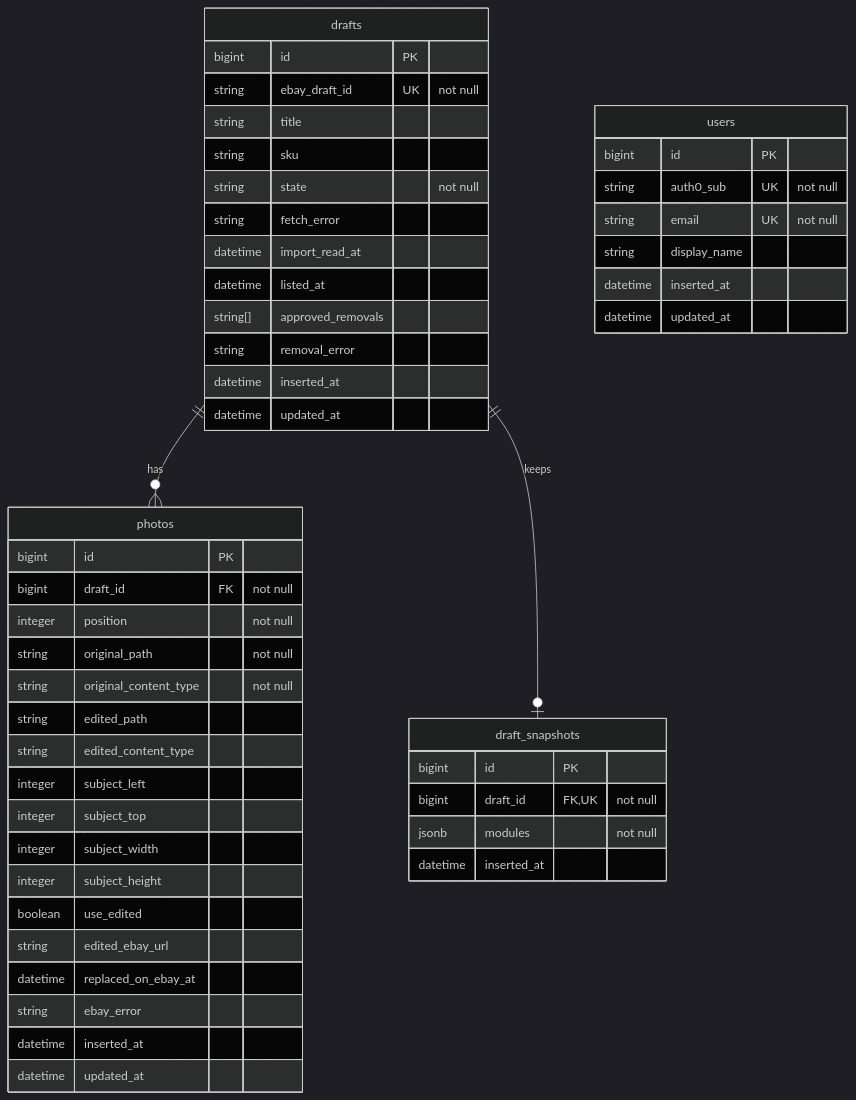
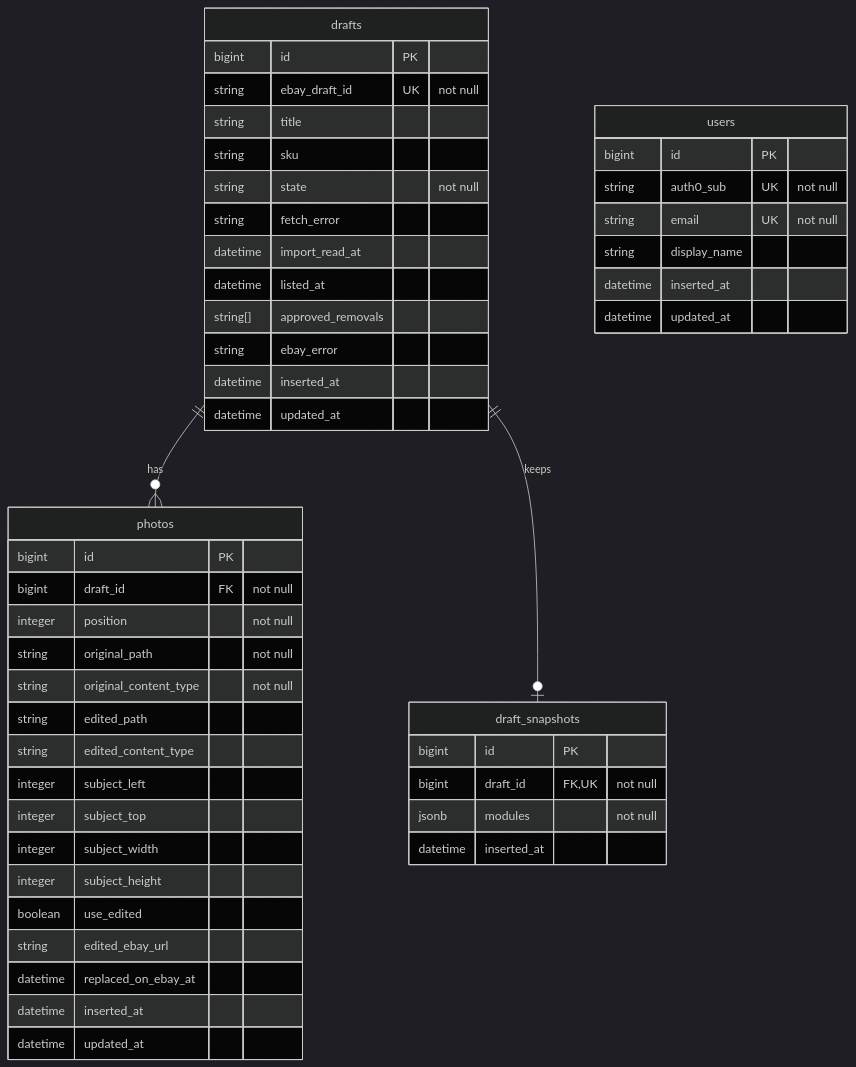
The diagram in docs/erd.md (dewetblomerus/flipper), drawn with Mermaid (dark theme) before and after one commit. The commit also changed other lines of this file and 25 other files, not shown here.

````diff
--- a/docs/erd.md
+++ b/docs/erd.md
@@ -7,56 +7,55 @@
 ```mermaid
 erDiagram
     drafts ||--o{ photos : has
     drafts ||--o| draft_snapshots : keeps
 
     users {
         bigint id PK
         string auth0_sub UK "not null"
         string email UK "not null"
         string display_name
         datetime inserted_at
         datetime updated_at
     }
 
     drafts {
         bigint id PK
         string ebay_draft_id UK "not null"
         string title
         string sku
         string state "not null"
         string fetch_error
         datetime import_read_at
         datetime listed_at
         string[] approved_removals
-        string removal_error
+        string ebay_error
         datetime inserted_at
         datetime updated_at
     }
 
     photos {
         bigint id PK
         bigint draft_id FK "not null"
         integer position "not null"
         string original_path "not null"
         string original_content_type "not null"
         string edited_path
         string edited_content_type
         integer subject_left
         integer subject_top
         integer subject_width
         integer subject_height
         boolean use_edited
         string edited_ebay_url
         datetime replaced_on_ebay_at
-        string ebay_error
         datetime inserted_at
         datetime updated_at
     }
 
     draft_snapshots {
         bigint id PK
         bigint draft_id FK,UK "not null"
         jsonb modules "not null"
         datetime inserted_at
     }
 ```
````
